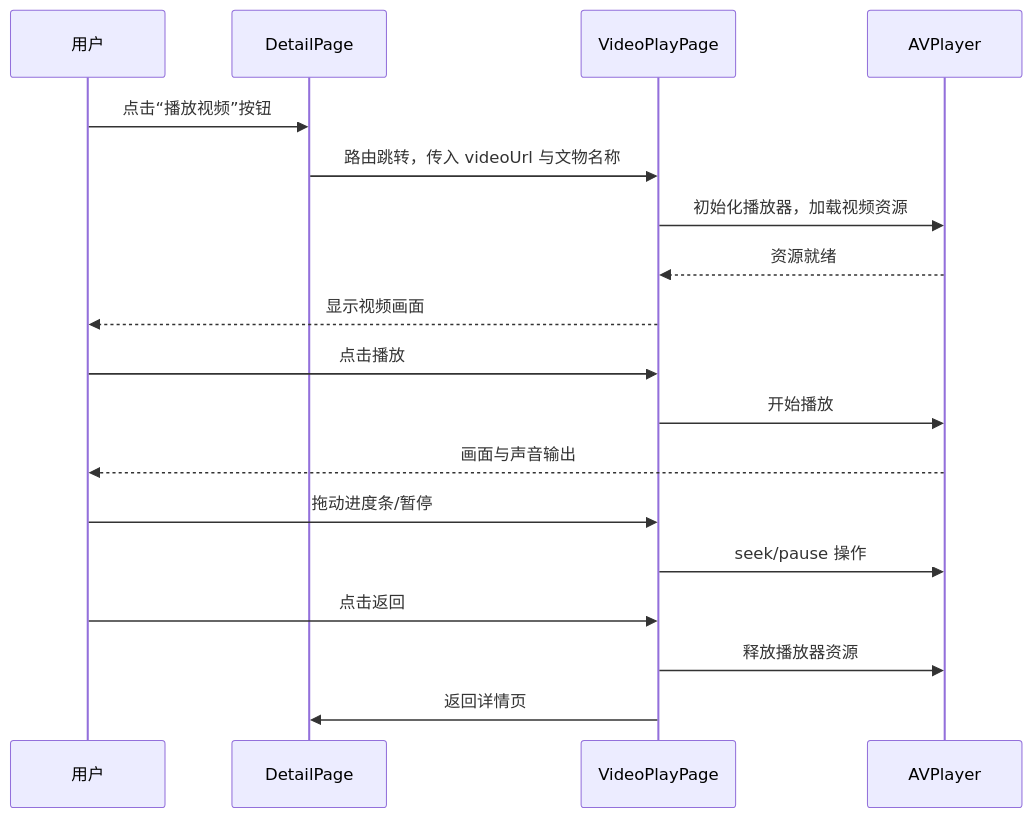
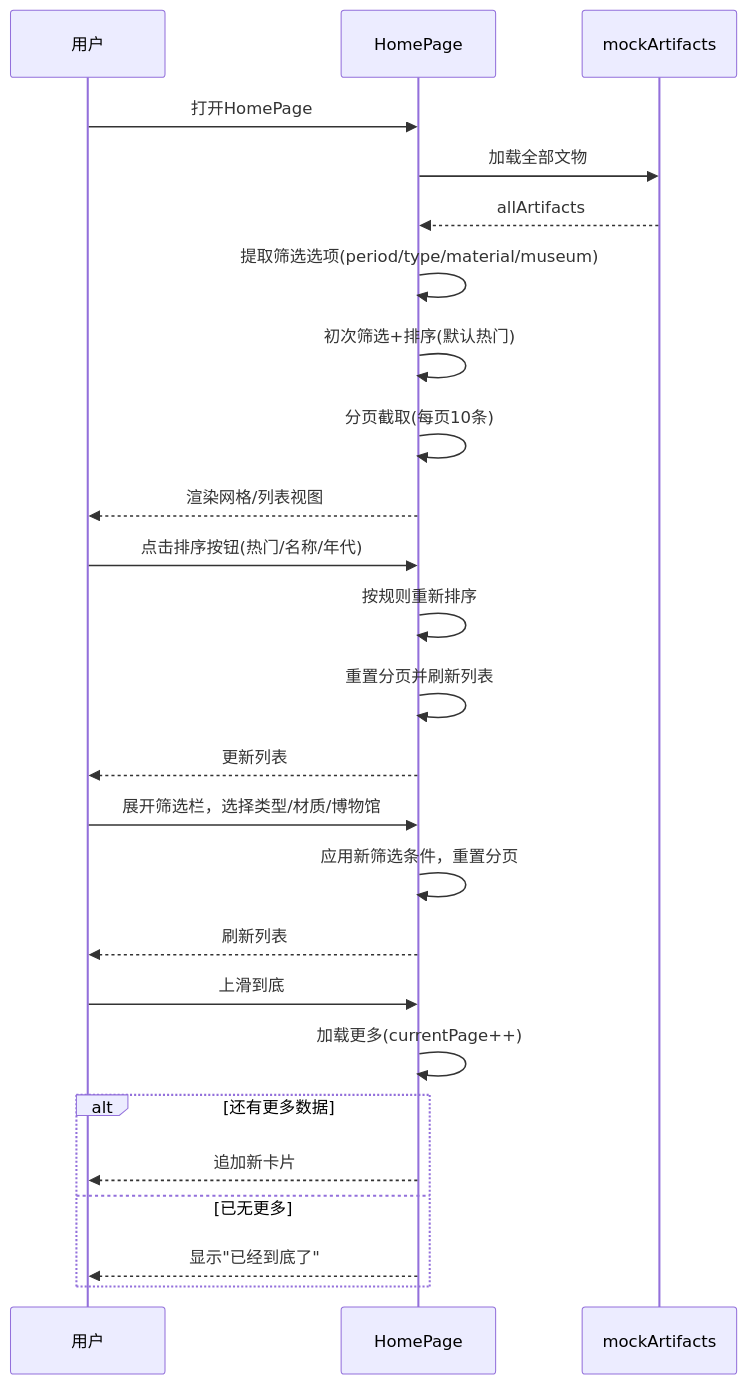
Before and after one commit to BUCT-CS2301/PalmMuseum: the seventh of 13 diagrams in Doc/设计文档.md, drawn with Mermaid. The commit also changed other lines of this file and 14 other files, not shown here.

````diff
--- a/Doc/设计文档.md
+++ b/Doc/设计文档.md
@@ -555,21 +534,31 @@
 ```mermaid
 sequenceDiagram
     participant User as 用户
-    participant DetailPage as DetailPage
-    participant VideoPage as VideoPlayPage
-    participant AVPlayer as AVPlayer
+    participant HomePage as HomePage
+    participant MockData as mockArtifacts
 
-    User->>DetailPage: 点击“播放视频”按钮
-    DetailPage->>VideoPage: 路由跳转，传入 videoUrl 与文物名称
-    VideoPage->>AVPlayer: 初始化播放器，加载视频资源
-    AVPlayer-->>VideoPage: 资源就绪
-    VideoPage-->>User: 显示视频画面
-    User->>VideoPage: 点击播放
-    VideoPage->>AVPlayer: 开始播放
-    AVPlayer-->>User: 画面与声音输出
-    User->>VideoPage: 拖动进度条/暂停
-    VideoPage->>AVPlayer: seek/pause 操作
-    User->>VideoPage: 点击返回
-    VideoPage->>AVPlayer: 释放播放器资源
-    VideoPage->>DetailPage: 返回详情页
+    User->>HomePage: 打开HomePage
+    HomePage->>MockData: 加载全部文物
+    MockData-->>HomePage: allArtifacts
+    HomePage->>HomePage: 提取筛选选项(period/type/material/museum)
+    HomePage->>HomePage: 初次筛选+排序(默认热门)
+    HomePage->>HomePage: 分页截取(每页10条)
+    HomePage-->>User: 渲染网格/列表视图
+
+    User->>HomePage: 点击排序按钮(热门/名称/年代)
+    HomePage->>HomePage: 按规则重新排序
+    HomePage->>HomePage: 重置分页并刷新列表
+    HomePage-->>User: 更新列表
+
+    User->>HomePage: 展开筛选栏，选择类型/材质/博物馆
+    HomePage->>HomePage: 应用新筛选条件，重置分页
+    HomePage-->>User: 刷新列表
+
+    User->>HomePage: 上滑到底
+    HomePage->>HomePage: 加载更多(currentPage++)
+    alt 还有更多数据
+        HomePage-->>User: 追加新卡片
+    else 已无更多
+        HomePage-->>User: 显示"已经到底了"
+    end
 ```
````
